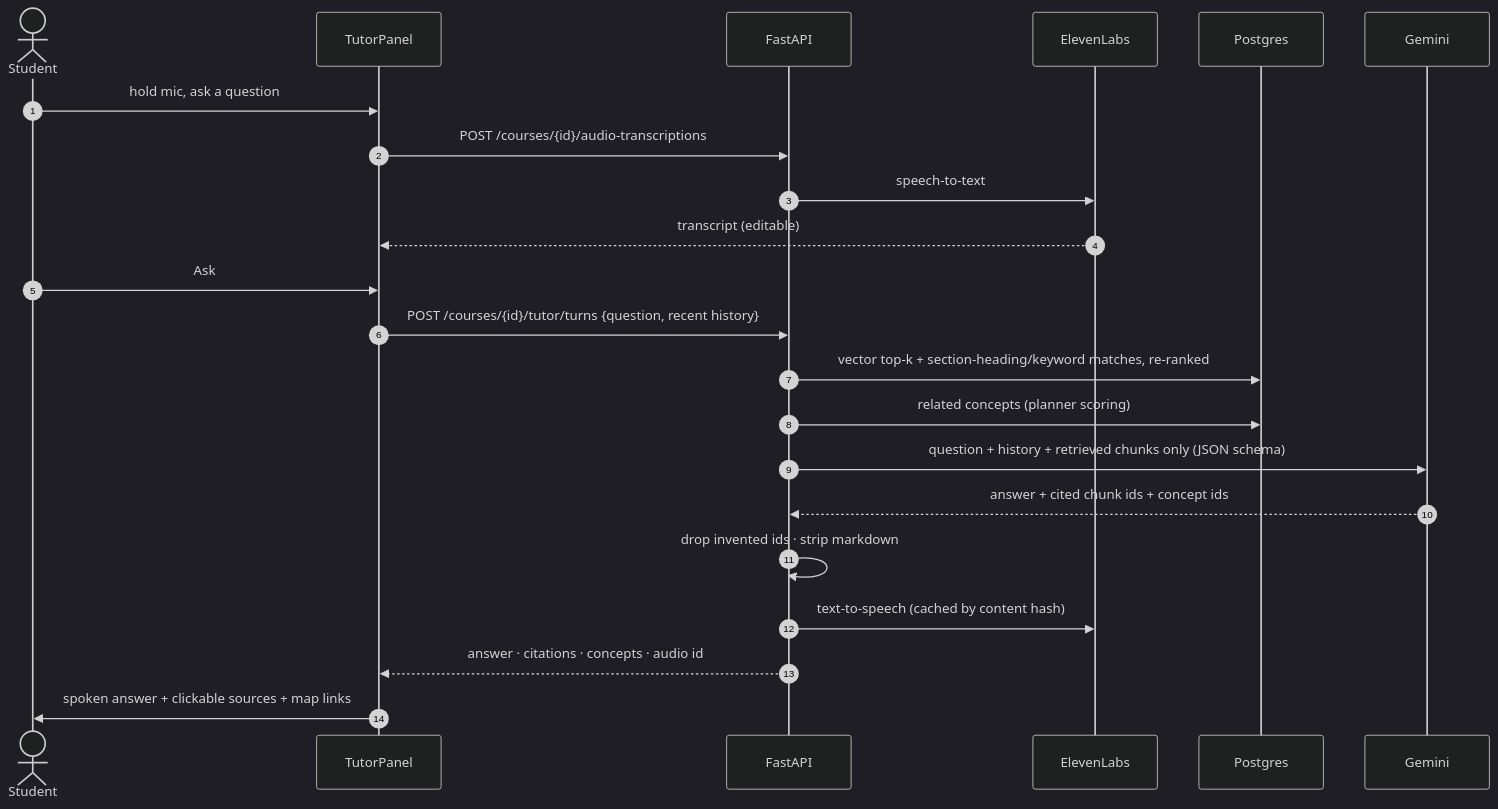
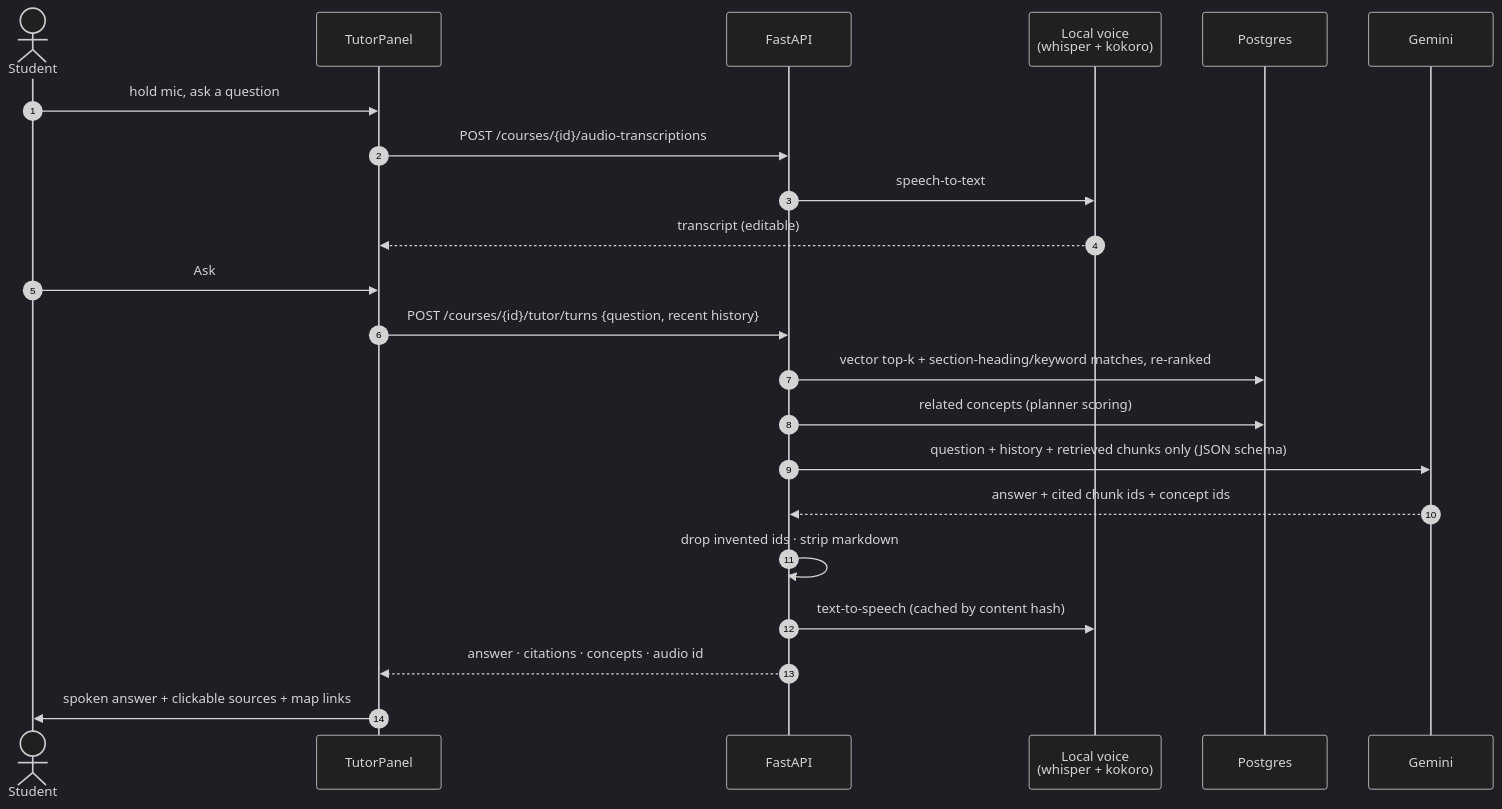
The fourth of 4 diagrams in README.md (kat0409/hack-rice-16), drawn with Mermaid (dark theme) before and after one commit. The commit also changed other lines of this file and 24 other files, not shown here.

Commit message:
Changed from ElevenLabs to local HuggingFace voice model + local transcription

````diff
--- a/README.md
+++ b/README.md
@@ -169,25 +169,25 @@
 ```mermaid
 sequenceDiagram
     autonumber
     actor Student
     participant UI as TutorPanel
     participant API as FastAPI
-    participant EL as ElevenLabs
+    participant LV as Local voice<br/>(whisper + kokoro)
     participant DB as Postgres
     participant G as Gemini
 
     Student->>UI: hold mic, ask a question
     UI->>API: POST /courses/{id}/audio-transcriptions
-    API->>EL: speech-to-text
-    EL-->>UI: transcript (editable)
+    API->>LV: speech-to-text
+    LV-->>UI: transcript (editable)
     Student->>UI: Ask
     UI->>API: POST /courses/{id}/tutor/turns {question, recent history}
     API->>DB: vector top-k + section-heading/keyword matches, re-ranked
     API->>DB: related concepts (planner scoring)
     API->>G: question + history + retrieved chunks only (JSON schema)
     G-->>API: answer + cited chunk ids + concept ids
     API->>API: drop invented ids · strip markdown
-    API->>EL: text-to-speech (cached by content hash)
+    API->>LV: text-to-speech (cached by content hash)
     API-->>UI: answer · citations · concepts · audio id
     UI->>Student: spoken answer + clickable sources + map links
 ```
````
